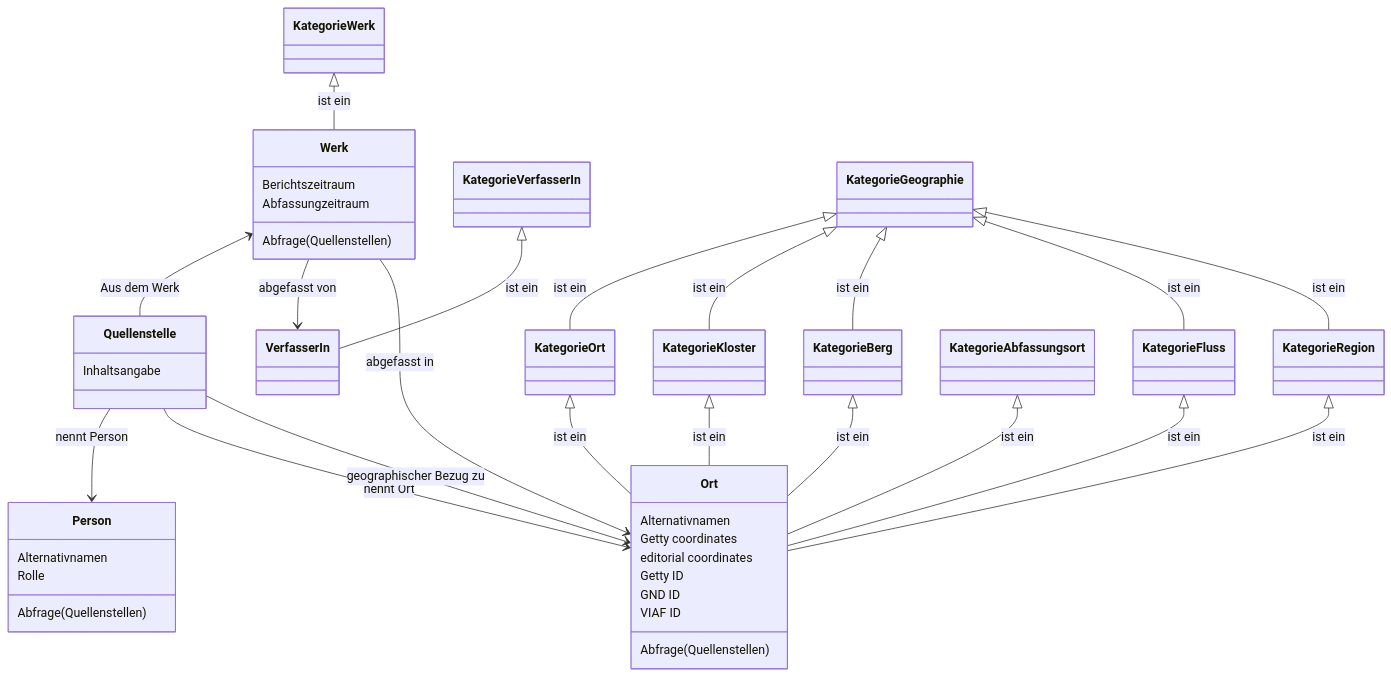
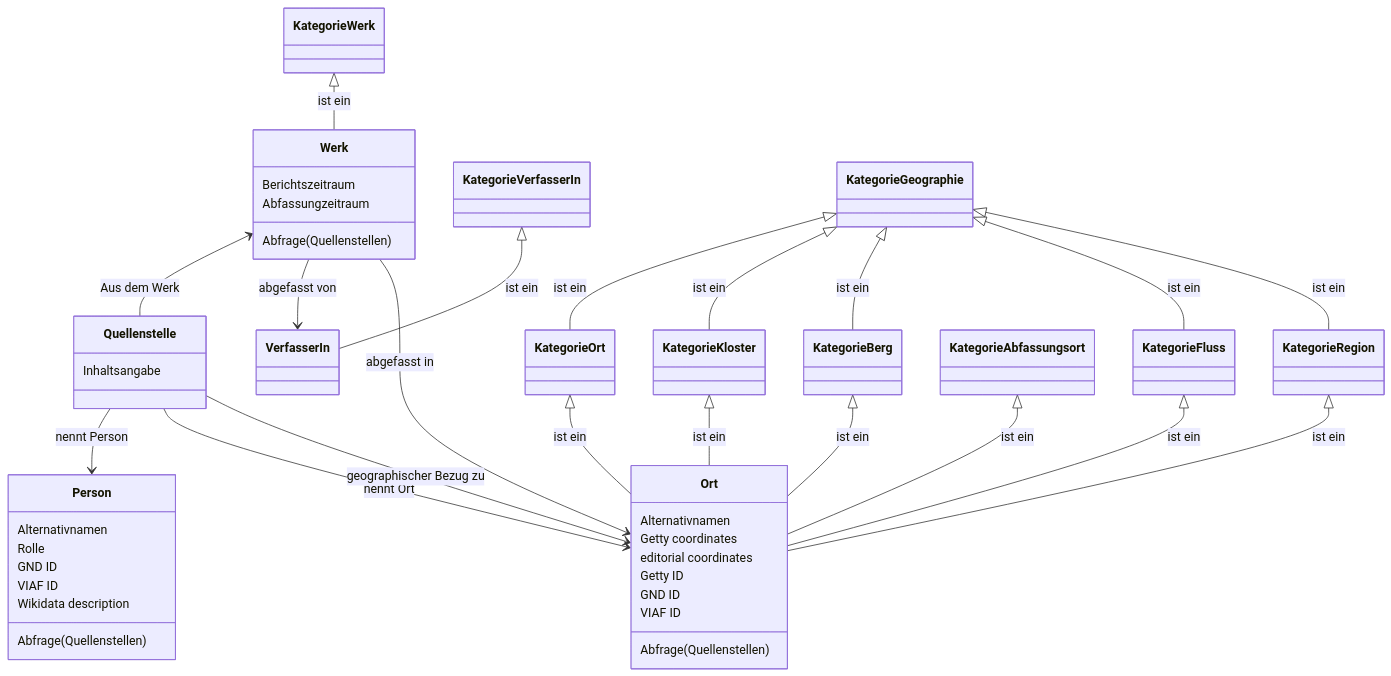
One commit to cceh/sarazenen-wiki changed the diagram in datenmodell/Readme.MD. Above: the diagram before and after it, drawn with Mermaid.

````diff
--- a/datenmodell/Readme.MD
+++ b/datenmodell/Readme.MD
@@ -1,68 +1,71 @@
 ```mermaid
 
 classDiagram
 
     class KategorieWerk
     KategorieWerk <|-- Werk : ist ein 
     
     cass KategorieVerfasserIn
     KategorieVerfasserIn <|-- VerfasserIn : ist ein 
     
     class KategorieGeographie
     KategorieGeographie <|-- KategorieOrt: ist ein
     KategorieGeographie <|-- KategorieKloster: ist ein
     KategorieGeographie <|-- KategorieBerg: ist ein
     KategorieGeographie <|-- KategorieFluss: ist ein
     KategorieGeographie <|-- KategorieRegion: ist ein
     
     class KategorieOrt
     KategorieOrt <|-- Ort : ist ein 
     
     class KategorieKloster
     KategorieKloster <|-- Ort : ist ein 
     
     class KategorieBerg
     KategorieBerg <|-- Ort : ist ein 
     
     class KategorieFluss
     KategorieFluss <|-- Ort : ist ein 
     
     class KategorieRegion
     KategorieRegion <|-- Ort : ist ein
     
     class KategorieAbfassungsort
     KategorieAbfassungsort <|-- Ort : ist ein 
     
     class Werk
     Werk: Berichtszeitraum 
     Werk: Abfassungzeitraum
     Werk <-- Quellenstelle : Aus dem Werk
     Werk --> VerfasserIn : abgefasst von
     Werk --> Ort : abgefasst in
     Werk: Abfrage(Quellenstellen)
     
     class VerfasserIn
 
     class Quellenstelle
     Quellenstelle: Inhaltsangabe
     Quellenstelle --> Person : nennt Person
     Quellenstelle --> Ort : nennt Ort  
     Quellenstelle --> Ort : geographischer Bezug zu 
 
     class Person
     Person: Alternativnamen
     Person: Rolle
+    Person: GND ID
+    Person: VIAF ID
+    Person: Wikidata description
     Person: Abfrage(Quellenstellen)
 
     class Ort
     Ort: Alternativnamen
     Ort: Getty coordinates
     Ort: editorial coordinates
     Ort: Getty ID
     Ort: GND ID
     Ort: VIAF ID
     Ort: Abfrage(Quellenstellen)
     
 end
 
 ```
````
